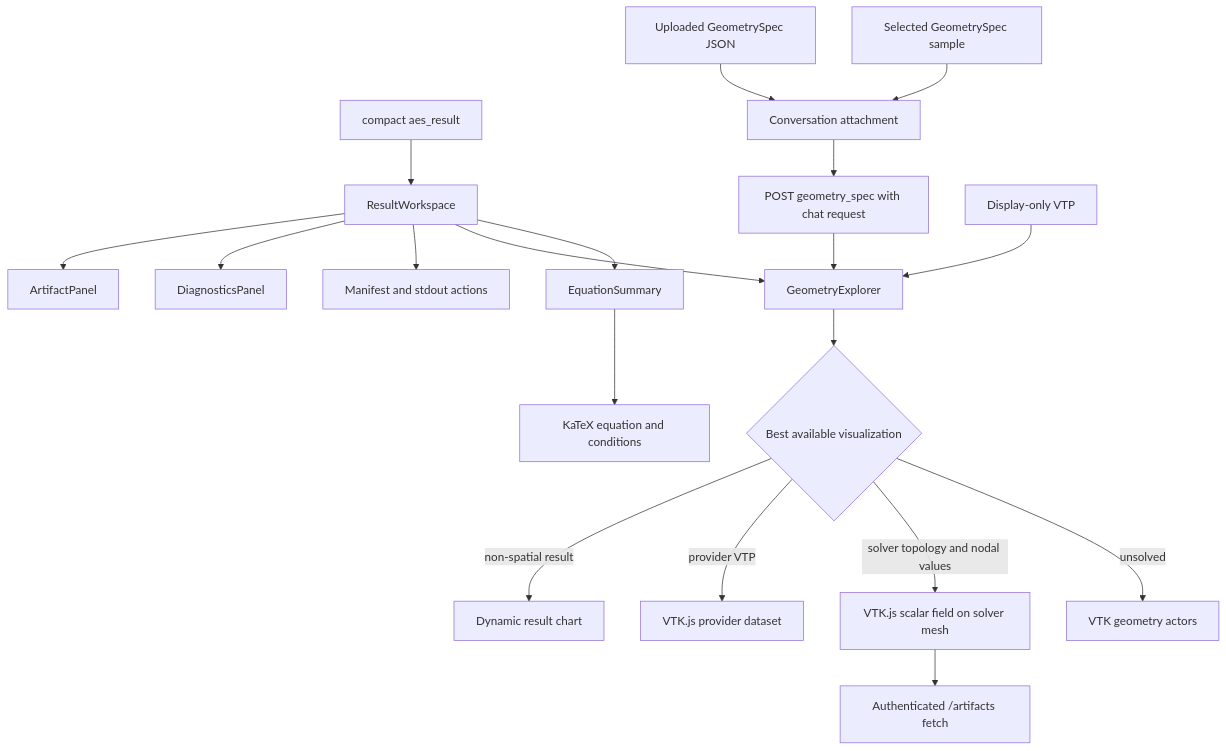
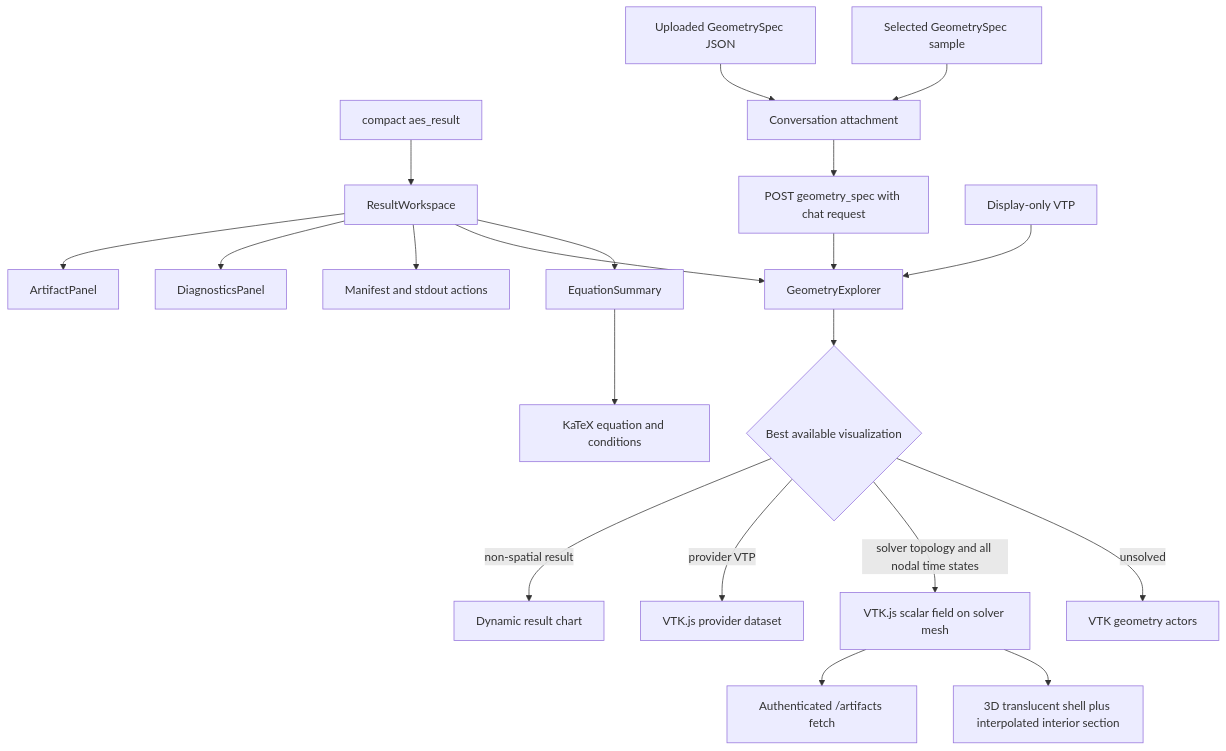
Before and after one commit to RadmirG/AES: the sixth of 8 diagrams in web-ui/architecture.md, drawn with Mermaid. The commit also changed other lines of this file and 14 other files, not shown here.

````diff
--- a/web-ui/architecture.md
+++ b/web-ui/architecture.md
@@ -160,21 +160,22 @@
 ```mermaid
 flowchart TD
     A["compact aes_result"] --> B["ResultWorkspace"]
     B --> C["EquationSummary"]
     C --> D["KaTeX equation and conditions"]
     B --> E["GeometryExplorer"]
     S["Selected GeometrySpec sample"] --> CXT["Conversation attachment"]
     U["Uploaded GeometrySpec JSON"] --> CXT
     CXT --> API["POST geometry_spec with chat request"]
     API --> E
     VTP["Display-only VTP"] --> E
     E --> F{"Best available visualization"}
     F -->|unsolved| G["VTK geometry actors"]
-    F -->|solver topology and nodal values| H["VTK.js scalar field on solver mesh"]
+    F -->|solver topology and all nodal time states| H["VTK.js scalar field on solver mesh"]
+    H --> HS["3D translucent shell plus interpolated interior section"]
     F -->|provider VTP| HV["VTK.js provider dataset"]
     F -->|non-spatial result| HC["Dynamic result chart"]
     B --> I["Manifest and stdout actions"]
     B --> J["DiagnosticsPanel"]
     B --> K["ArtifactPanel"]
     H --> L["Authenticated /artifacts fetch"]
 ```
````
